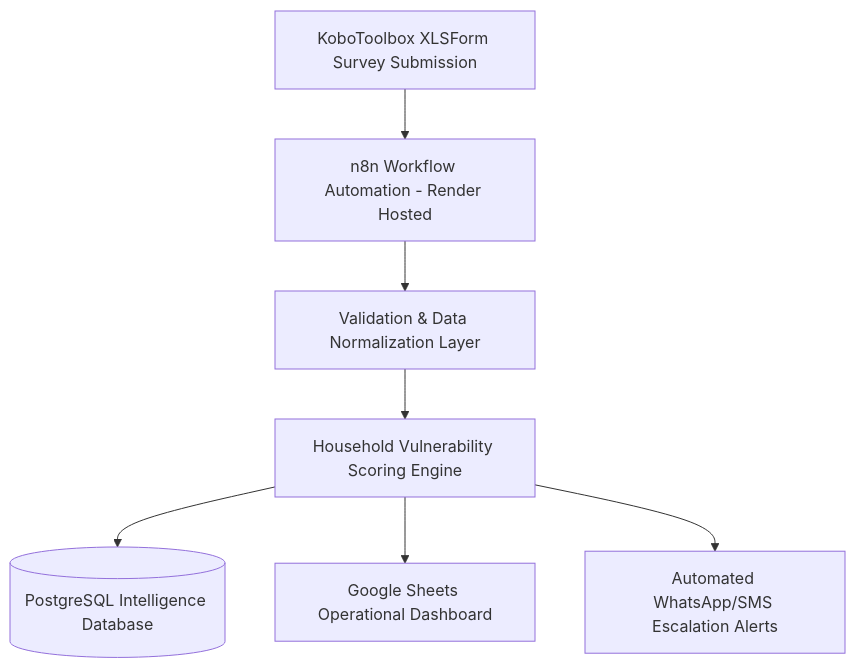
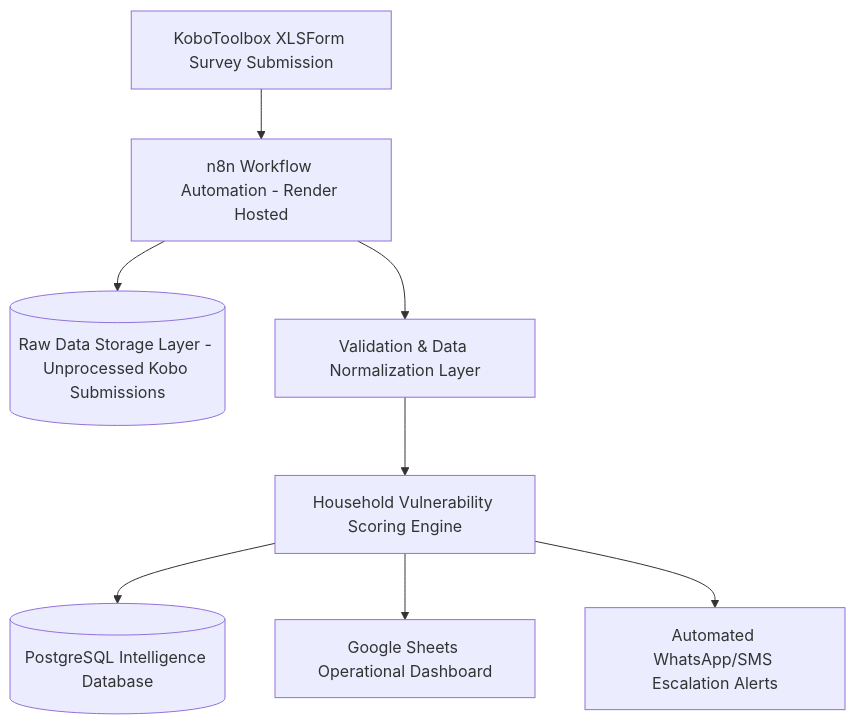
One commit to rajab-bett-analytics/kobo-food-security-intelligence-pipeline changed the diagram in README.md. Above: the diagram before and after it, drawn with Mermaid.

Commit message:
Add raw data layer to architecture diagram

````diff
--- a/README.md
+++ b/README.md
@@ -62,10 +62,15 @@
 ```mermaid
 graph TD
     A[KoboToolbox XLSForm Survey Submission]
     A --> B[n8n Workflow Automation - Render Hosted]
+
+    B --> R[(Raw Data Storage Layer - Unprocessed Kobo Submissions)]
+
     B --> C[Validation & Data Normalization Layer]
+
     C --> D[Household Vulnerability Scoring Engine]
+
     D --> E[(PostgreSQL Intelligence Database)]
     D --> F[Google Sheets Operational Dashboard]
     D --> G[Automated WhatsApp/SMS Escalation Alerts]
 ```
````
